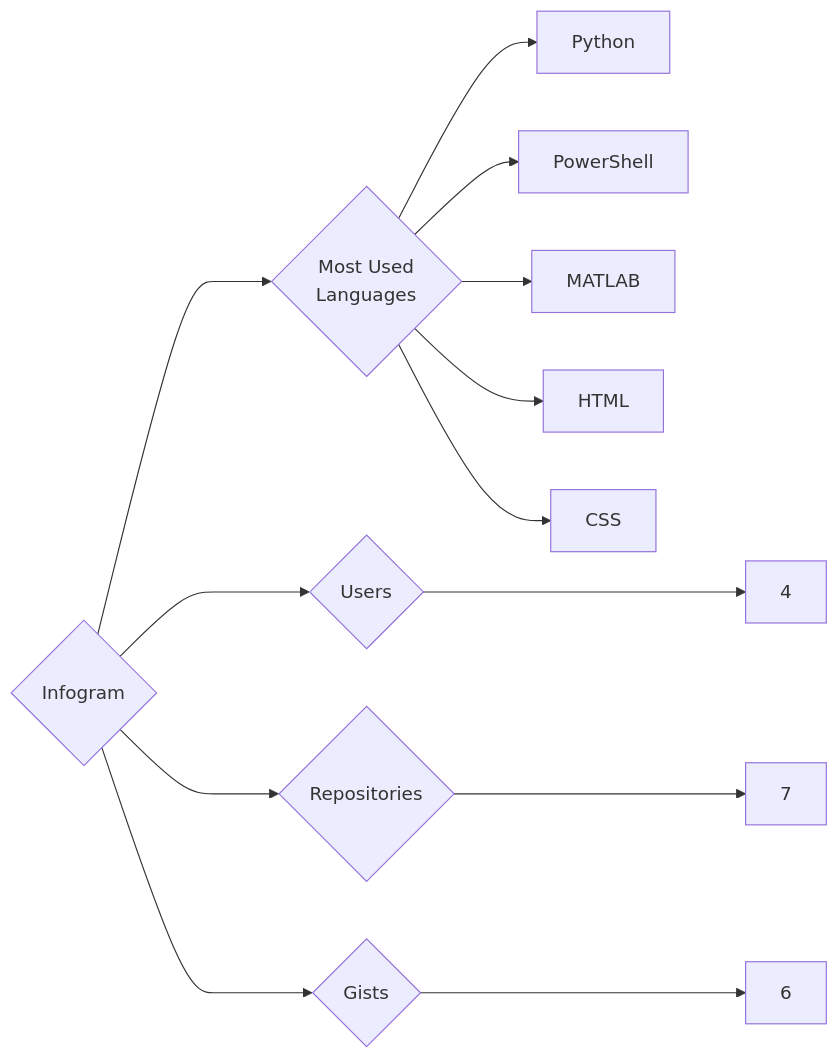
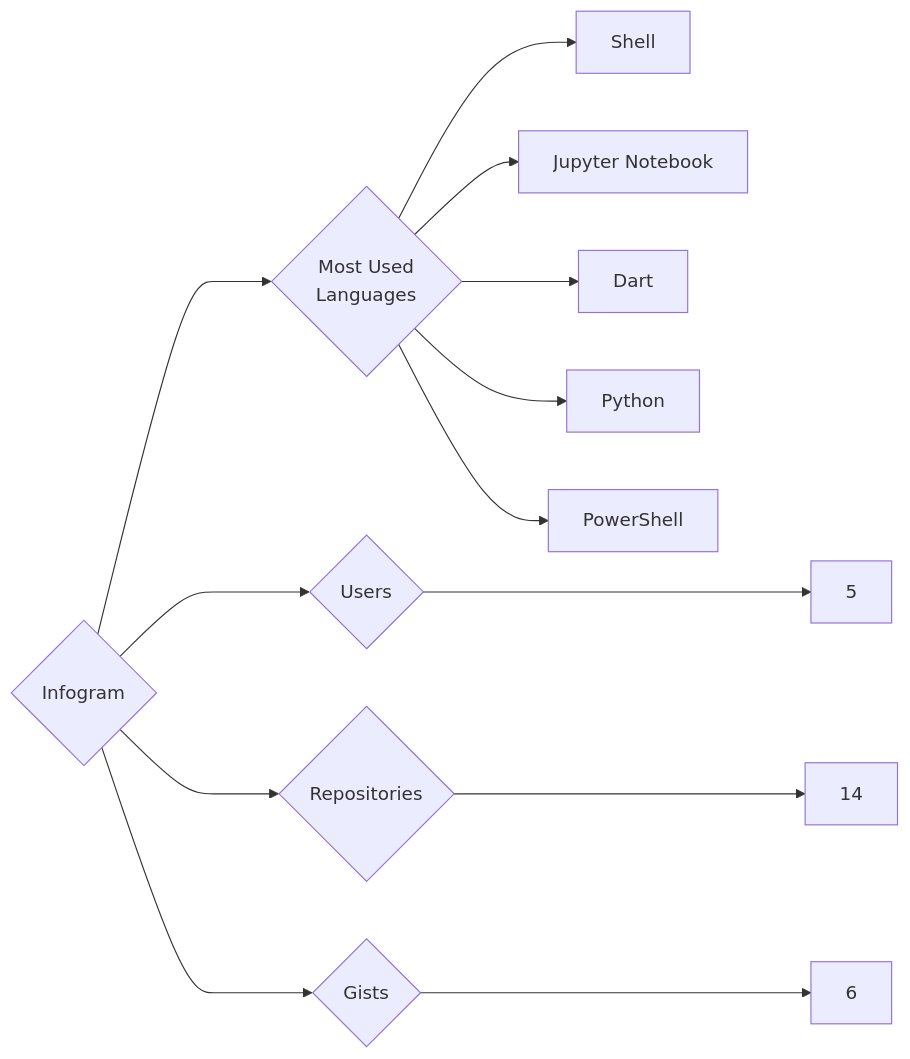
The diagram in targets/Infogram/README.md (trickest/insiders), drawn with Mermaid before and after one commit. The commit also changed 559 other files, not shown here.

````diff
--- a/targets/Infogram/README.md
+++ b/targets/Infogram/README.md
@@ -3,13 +3,13 @@
 ```mermaid
 graph LR
 COMPANY_NAME{Infogram}
-COMPANY_NAME ---> U{Users} ---> UN[4]
-COMPANY_NAME ---> R{Repositories} ---> RN[7]
+COMPANY_NAME ---> U{Users} ---> UN[5]
+COMPANY_NAME ---> R{Repositories} ---> RN[14]
 COMPANY_NAME ---> G{Gists} ---> GN[6]
 COMPANY_NAME ---> ML{Most Used<br>Languages}
+ML --> Shell[Shell]
+ML --> Jupyter_Notebook[Jupyter Notebook]
+ML --> Dart[Dart]
 ML --> Python[Python]
 ML --> PowerShell[PowerShell]
-ML --> MATLAB[MATLAB]
-ML --> HTML[HTML]
-ML --> CSS[CSS]
 ```
````
